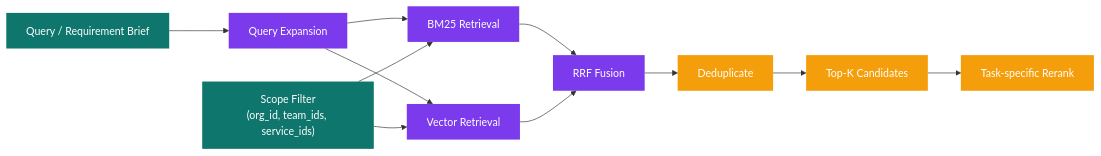
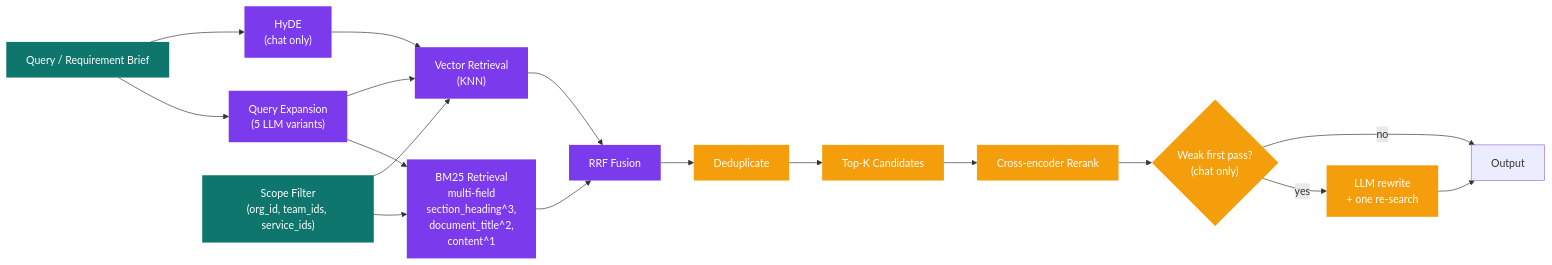
The fourth of 5 diagrams in docs/data-flow.md (gurungabit/prism), drawn with Mermaid before and after one commit. The commit also changed other lines of this file and 16 other files, not shown here.

````diff
--- a/docs/data-flow.md
+++ b/docs/data-flow.md
@@ -214,21 +247,27 @@
 ```mermaid
 graph LR
-    REQ["Query / Requirement Brief"] --> QE["Query Expansion"]
-    QE --> BM25["BM25 Retrieval"]
-    QE --> VEC["Vector Retrieval"]
+    REQ["Query / Requirement Brief"] --> QE["Query Expansion<br/>(5 LLM variants)"]
+    REQ --> HYDE["HyDE<br/>(chat only)"]
+    QE --> BM25["BM25 Retrieval<br/>multi-field<br/>section_heading^3,<br/>document_title^2,<br/>content^1"]
+    HYDE --> VEC["Vector Retrieval<br/>(KNN)"]
+    QE --> VEC
     BM25 --> RRF["RRF Fusion"]
     VEC --> RRF
     SCOPE["Scope Filter<br/>(org_id, team_ids, service_ids)"] --> BM25
     SCOPE --> VEC
     RRF --> DEDUP["Deduplicate"]
     DEDUP --> TOP["Top-K Candidates"]
-    TOP --> RR["Task-specific Rerank"]
+    TOP --> RR["Cross-encoder Rerank"]
+    RR --> REFINE{"Weak first pass?<br/>(chat only)"}
+    REFINE -->|yes| REWRITE["LLM rewrite<br/>+ one re-search"]
+    REFINE -->|no| OUT["Output"]
+    REWRITE --> OUT
 
     classDef input fill:#0f766e,color:#fff,stroke:none;
     classDef retrieval fill:#7c3aed,color:#fff,stroke:none;
     classDef process fill:#f59e0b,color:#fff,stroke:none;
 
     class REQ,SCOPE input;
-    class QE,BM25,VEC,RRF retrieval;
-    class DEDUP,TOP,RR process;
+    class QE,HYDE,BM25,VEC,RRF retrieval;
+    class DEDUP,TOP,RR,REFINE,REWRITE process;
 ```
````
